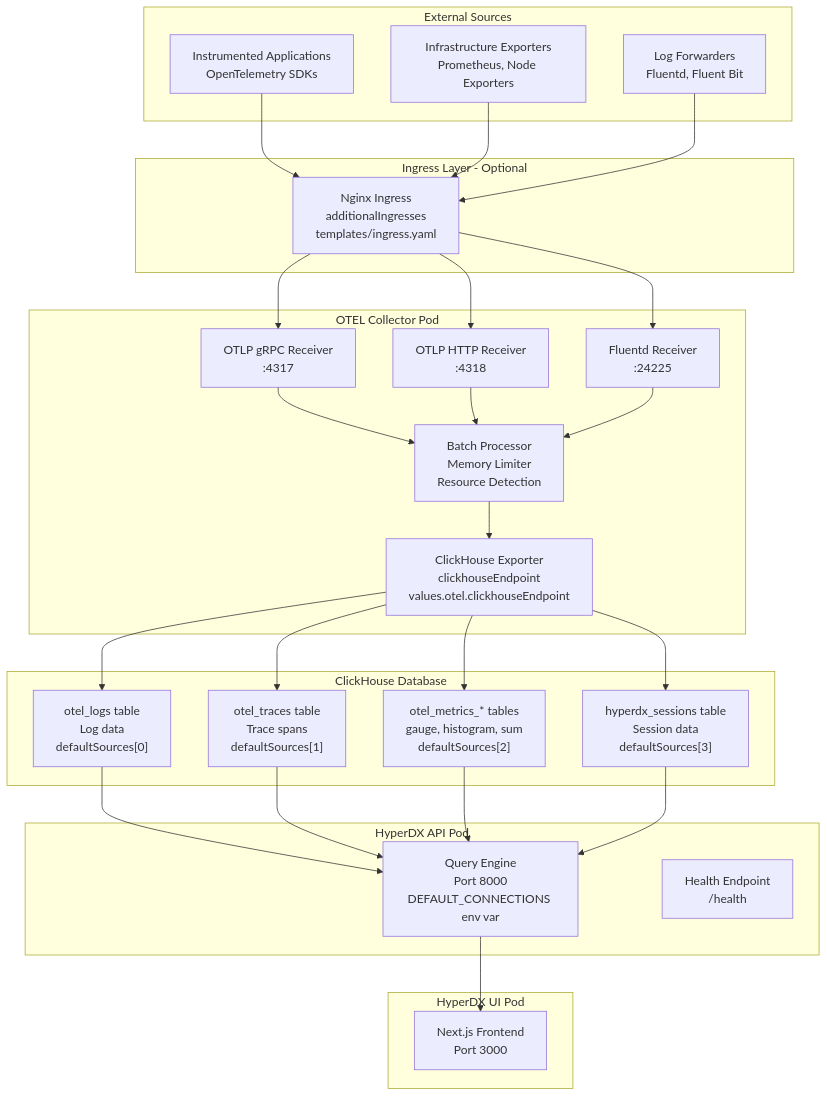
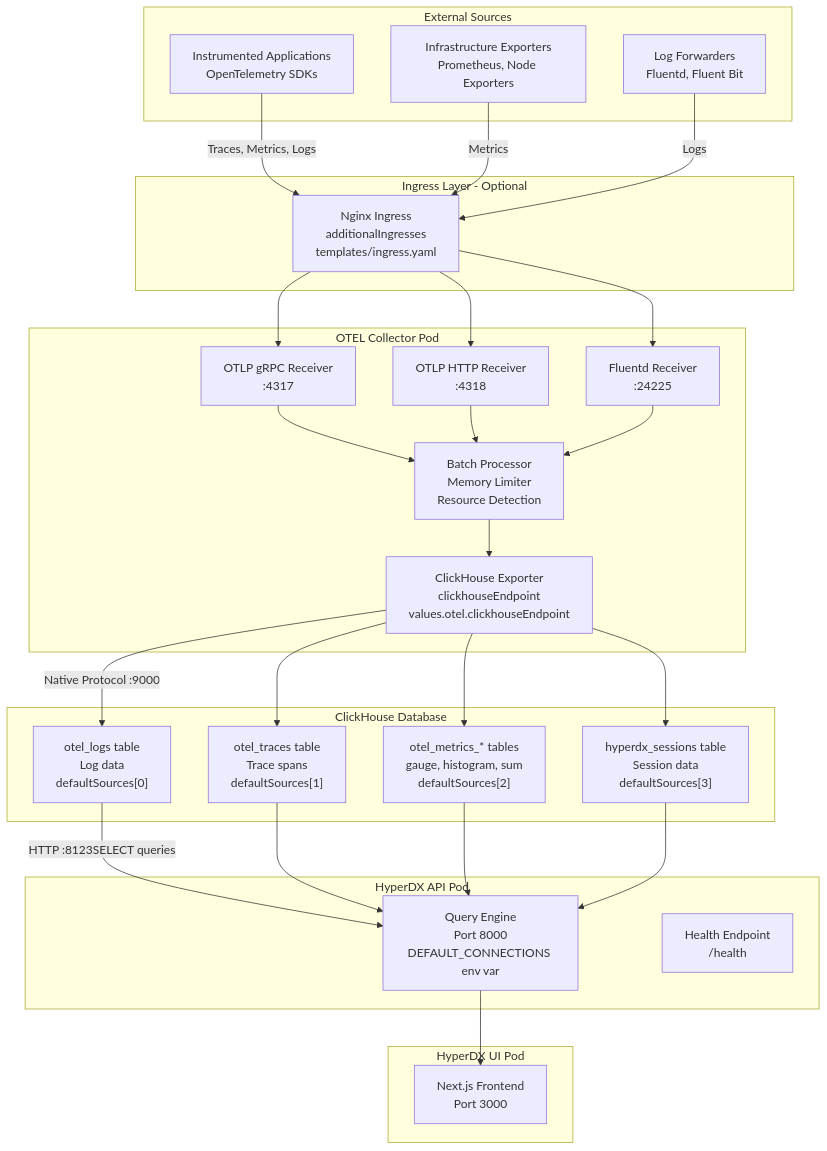
Before and after one commit to openchoreo/openchoreo: the third of 9 diagrams in docs/hyperdxio-helm-charts-docs/System-Architecture.md, drawn with Mermaid. The commit also changed other lines of this file and 85 other files, not shown here.

Commit message:
feat: Add new workflow and specification templates, update Helm chart dependencies, and clarify documentation diagrams.

````diff
--- a/docs/hyperdxio-helm-charts-docs/System-Architecture.md
+++ b/docs/hyperdxio-helm-charts-docs/System-Architecture.md
@@ -163,74 +163,74 @@
 ```mermaid
 flowchart TD
 
 Apps["Instrumented Applications<br>OpenTelemetry SDKs"]
 Infra["Infrastructure Exporters<br>Prometheus, Node Exporters"]
 Logs["Log Forwarders<br>Fluentd, Fluent Bit"]
 Ingress["Nginx Ingress<br>additionalIngresses<br>templates/ingress.yaml"]
 OTLPgRPC["OTLP gRPC Receiver<br>:4317"]
 OTLPHTTP["OTLP HTTP Receiver<br>:4318"]
 FluentdRcv["Fluentd Receiver<br>:24225"]
 Processors["Batch Processor<br>Memory Limiter<br>Resource Detection"]
 CHExporter["ClickHouse Exporter<br>clickhouseEndpoint<br>values.otel.clickhouseEndpoint"]
 OtelLogs["otel_logs table<br>Log data<br>defaultSources[0]"]
 OtelTraces["otel_traces table<br>Trace spans<br>defaultSources[1]"]
 OtelMetrics["otel_metrics_* tables<br>gauge, histogram, sum<br>defaultSources[2]"]
 HyperdxSessions["hyperdx_sessions table<br>Session data<br>defaultSources[3]"]
 APIQueries["Query Engine<br>Port 8000<br>DEFAULT_CONNECTIONS env var"]
 Health["Health Endpoint<br>/health"]
 Frontend["Next.js Frontend<br>Port 3000"]
 
-Apps --> Ingress
-Infra --> Ingress
-Logs --> Ingress
+Apps -->|"Traces, Metrics, Logs"| Ingress
+Infra -->|"Metrics"| Ingress
+Logs -->|"Logs"| Ingress
 Ingress --> OTLPgRPC
 Ingress --> OTLPHTTP
 Ingress --> FluentdRcv
-CHExporter --> OtelLogs
+CHExporter -->|"Native Protocol :9000"| OtelLogs
 CHExporter --> OtelTraces
 CHExporter --> OtelMetrics
 CHExporter --> HyperdxSessions
-OtelLogs --> APIQueries
+OtelLogs -->|"HTTP :8123SELECT queries"| APIQueries
 OtelTraces --> APIQueries
 OtelMetrics --> APIQueries
 HyperdxSessions --> APIQueries
 APIQueries --> Frontend
 
 subgraph subGraph5 ["HyperDX UI Pod"]
     Frontend
 end
 
 subgraph subGraph4 ["HyperDX API Pod"]
     APIQueries
     Health
 end
 
 subgraph subGraph3 ["ClickHouse Database"]
     OtelLogs
     OtelTraces
     OtelMetrics
     HyperdxSessions
 end
 
 subgraph subGraph2 ["OTEL Collector Pod"]
     OTLPgRPC
     OTLPHTTP
     FluentdRcv
     Processors
     CHExporter
     OTLPgRPC --> Processors
     OTLPHTTP --> Processors
     FluentdRcv --> Processors
     Processors --> CHExporter
 end
 
 subgraph subGraph1 ["Ingress Layer - Optional"]
     Ingress
 end
 
 subgraph subGraph0 ["External Sources"]
     Apps
     Infra
     Logs
 end
 ```
````
